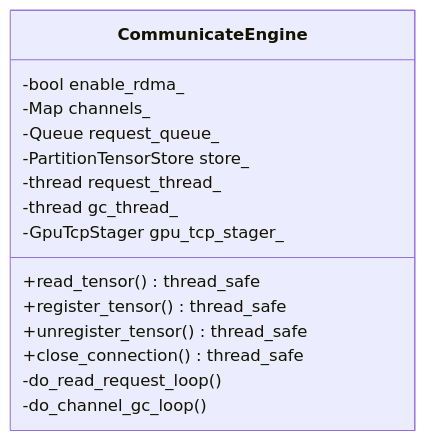
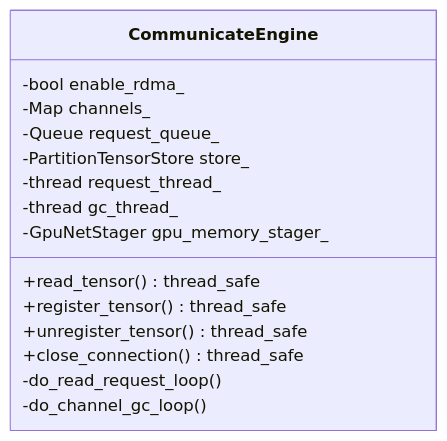
One commit to tensorcast-ai/tensorcast changed the third of 13 diagrams in web-docs/docs/developer-guides/core/communicator/README.md. Above: the diagram before and after it, drawn with Mermaid. The commit also changed other lines of this file and 32 other files, not shown here.

````diff
--- a/web-docs/docs/developer-guides/core/communicator/README.md
+++ b/web-docs/docs/developer-guides/core/communicator/README.md
@@ -174,19 +174,19 @@
 ```mermaid
 classDiagram
   class CommunicateEngine {
     -bool enable_rdma_
     -Map channels_
     -Queue request_queue_
     -PartitionTensorStore store_
     -thread request_thread_
     -thread gc_thread_
-    -GpuTcpStager gpu_tcp_stager_
+    -GpuNetStager gpu_memory_stager_
 
     +read_tensor() thread_safe
     +register_tensor() thread_safe
     +unregister_tensor() thread_safe
     +close_connection() thread_safe
     -do_read_request_loop()
     -do_channel_gc_loop()
   }
 ```
````
